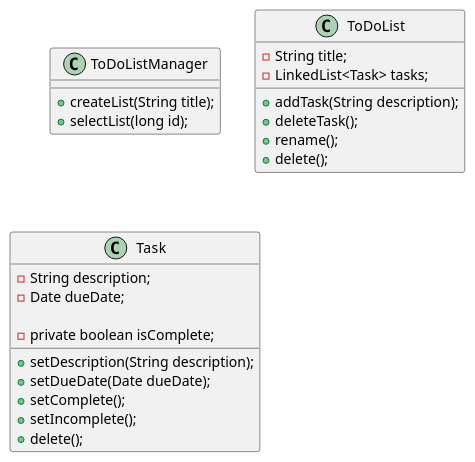
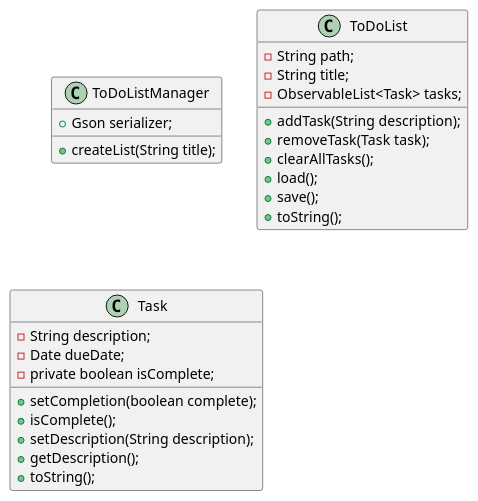
The diagram in docs/ToDoList.puml (RyanTheGuyInSpace/hodge-app1-impl), drawn with PlantUML before and after one commit. The commit also changed 4 other files, not shown here.

Commit message:
Updated uml diagram and added test code

```diff
--- a/docs/ToDoList.puml
+++ b/docs/ToDoList.puml
@@ -1,32 +1,34 @@
 @startuml
 
 class ToDoListManager {
+    +Gson serializer;
     +createList(String title);
-    +selectList(long id);
 }
 
 class ToDoList {
+    -String path;
     -String title;
-    -LinkedList<Task> tasks;
+    -ObservableList<Task> tasks;
 
     +addTask(String description);
-    +deleteTask();
-    +rename();
-    +delete();
+    +removeTask(Task task);
+    +clearAllTasks();
+    +load();
+    +save();
+    +toString();
 }
 
 class Task {
     -String description;
     -Date dueDate;
     'Format due date as YYYY-MM-DD'
-
     -private boolean isComplete;
 
+    +setCompletion(boolean complete);
+    +isComplete();
     +setDescription(String description);
-    +setDueDate(Date dueDate);
-    +setComplete();
-    +setIncomplete();
-    +delete();
+    +getDescription();
+    +toString();
 }
 
 @enduml
```
